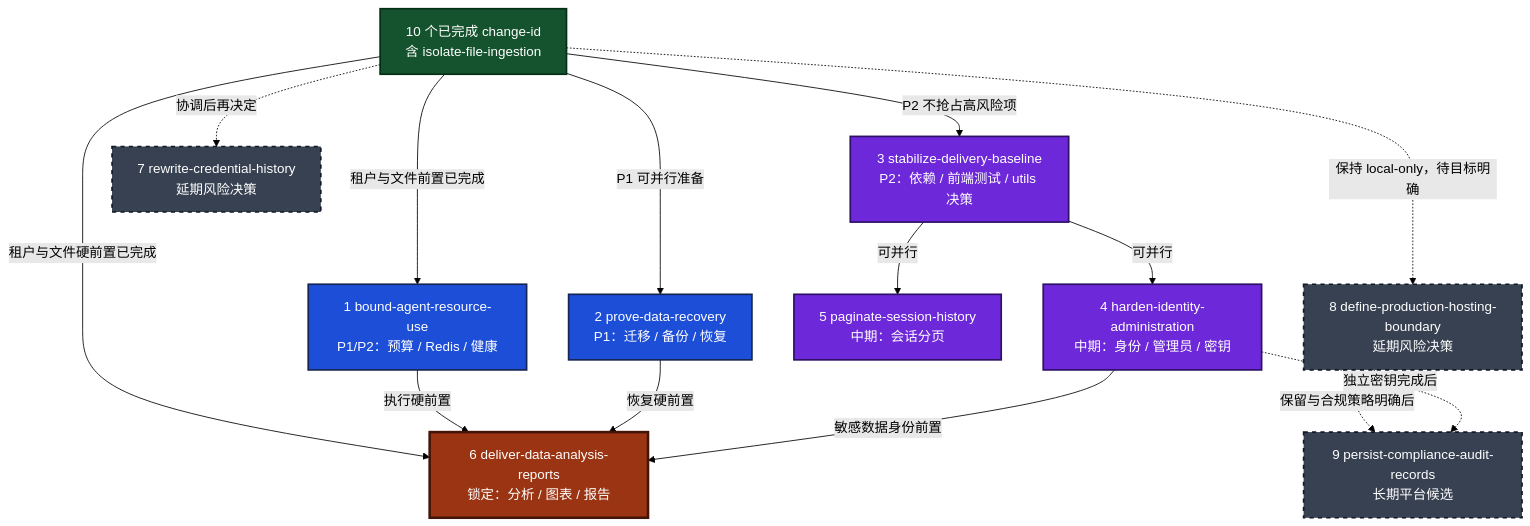
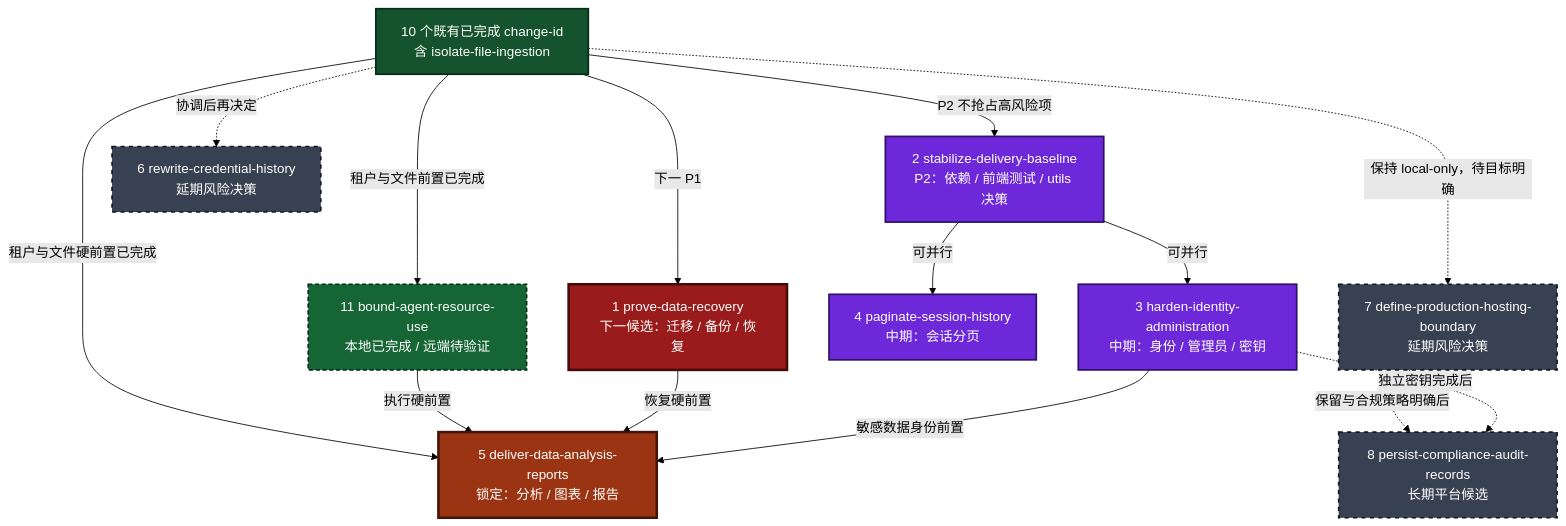
The diagram in .trae/documents/roadmap.md (jwj911/deep_data_agent), drawn with Mermaid (forest theme) before and after one commit. The commit also changed other lines of this file and 39 other files, not shown here.

Commit message:
feat: bound agent resource use

````diff
--- a/.trae/documents/roadmap.md
+++ b/.trae/documents/roadmap.md
@@ -56,40 +57,41 @@
 ```mermaid
 flowchart TD
-    DONE["10 个已完成 change-id<br/>含 isolate-file-ingestion"]:::completed
+    DONE["10 个既有已完成 change-id<br/>含 isolate-file-ingestion"]:::completed
+    BUDGET["11 bound-agent-resource-use<br/>本地已完成 / 远端待验证"]:::local
 
-    BUDGET["1 bound-agent-resource-use<br/>P1/P2：预算 / Redis / 健康"]:::parallel
-    RECOVERY["2 prove-data-recovery<br/>P1：迁移 / 备份 / 恢复"]:::parallel
-    BASE["3 stabilize-delivery-baseline<br/>P2：依赖 / 前端测试 / utils 决策"]:::medium
+    RECOVERY["1 prove-data-recovery<br/>下一候选：迁移 / 备份 / 恢复"]:::critical
+    BASE["2 stabilize-delivery-baseline<br/>P2：依赖 / 前端测试 / utils 决策"]:::medium
 
-    IDENTITY["4 harden-identity-administration<br/>中期：身份 / 管理员 / 密钥"]:::medium
-    PAGE["5 paginate-session-history<br/>中期：会话分页"]:::medium
-    ANALYSIS["6 deliver-data-analysis-reports<br/>锁定：分析 / 图表 / 报告"]:::locked
+    IDENTITY["3 harden-identity-administration<br/>中期：身份 / 管理员 / 密钥"]:::medium
+    PAGE["4 paginate-session-history<br/>中期：会话分页"]:::medium
+    ANALYSIS["5 deliver-data-analysis-reports<br/>锁定：分析 / 图表 / 报告"]:::locked
 
-    HISTORY["7 rewrite-credential-history<br/>延期风险决策"]:::deferred
-    HOSTING["8 define-production-hosting-boundary<br/>延期风险决策"]:::deferred
-    AUDIT["9 persist-compliance-audit-records<br/>长期平台候选"]:::deferred
+    HISTORY["6 rewrite-credential-history<br/>延期风险决策"]:::deferred
+    HOSTING["7 define-production-hosting-boundary<br/>延期风险决策"]:::deferred
+    AUDIT["8 persist-compliance-audit-records<br/>长期平台候选"]:::deferred
 
     DONE -->|租户与文件前置已完成| BUDGET
-    DONE -->|P1 可并行准备| RECOVERY
+    DONE -->|下一 P1| RECOVERY
     DONE -->|P2 不抢占高风险项| BASE
 
     BASE -->|可并行| IDENTITY
     BASE -->|可并行| PAGE
 
     DONE -->|租户与文件硬前置已完成| ANALYSIS
     BUDGET -->|执行硬前置| ANALYSIS
     RECOVERY -->|恢复硬前置| ANALYSIS
     IDENTITY -->|敏感数据身份前置| ANALYSIS
 
     DONE -.->|协调后再决定| HISTORY
     DONE -.->|保持 local-only，待目标明确| HOSTING
     HOSTING -.->|保留与合规策略明确后| AUDIT
     IDENTITY -.->|独立密钥完成后| AUDIT
 
     classDef completed fill:#14532d,color:#ffffff,stroke:#052e16,stroke-width:2px;
+    classDef local fill:#166534,color:#ffffff,stroke:#052e16,stroke-width:2px,stroke-dasharray:5 3;
     classDef critical fill:#991b1b,color:#ffffff,stroke:#450a0a,stroke-width:3px;
     classDef parallel fill:#1d4ed8,color:#ffffff,stroke:#172554,stroke-width:2px;
     classDef medium fill:#6d28d9,color:#ffffff,stroke:#2e1065,stroke-width:2px;
     classDef locked fill:#9a3412,color:#ffffff,stroke:#431407,stroke-width:3px;
     classDef deferred fill:#374151,color:#ffffff,stroke:#111827,stroke-width:2px,stroke-dasharray:5 5;
 ```
````
